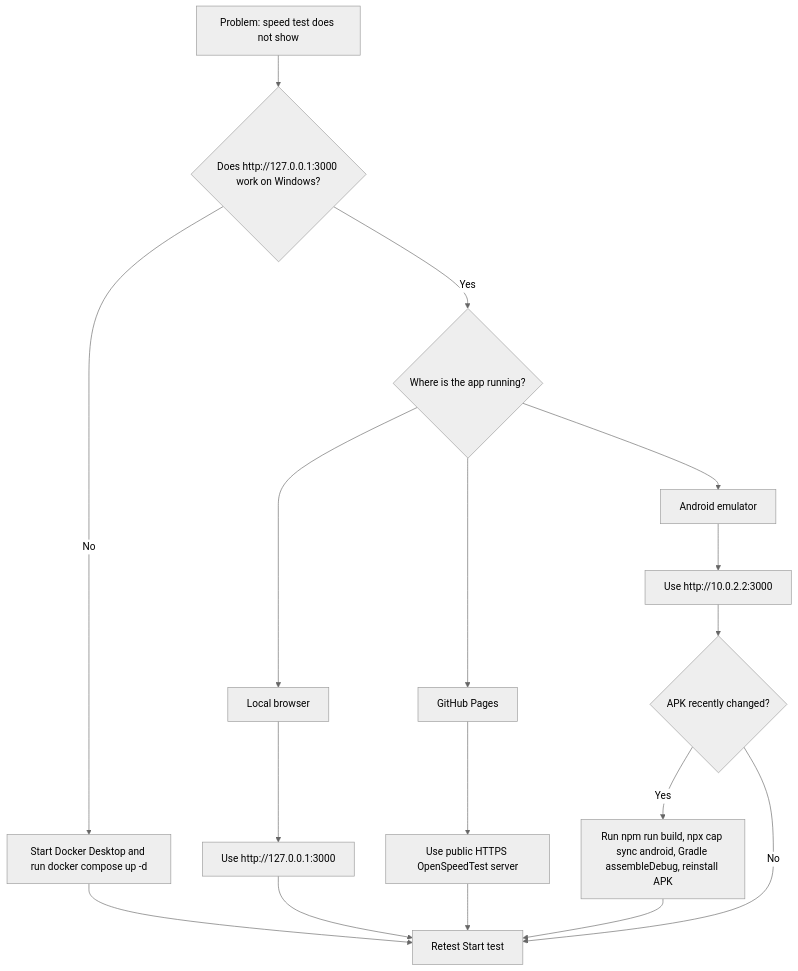
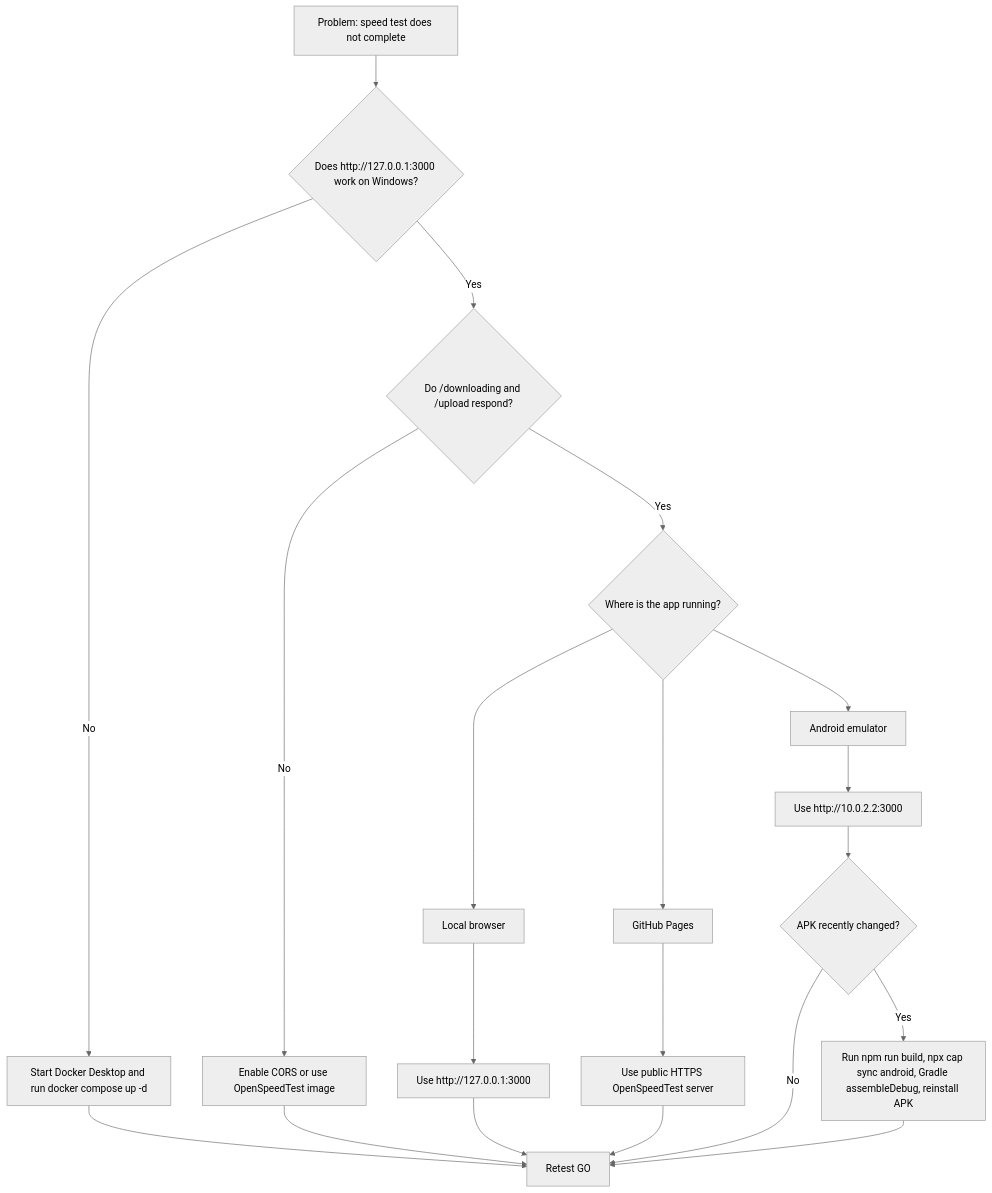
One commit to rgalor-ca/openspeedtest-ftap-poc changed diagram 11 of 11 in docs/DOCUMENTATION.md. Above: the diagram before and after it, drawn with Mermaid (neutral theme). The commit also changed other lines of this file and 13 other files, not shown here.

Commit message:
Refactor FTAP OpenSpeedTest POC UI

````diff
--- a/docs/DOCUMENTATION.md
+++ b/docs/DOCUMENTATION.md
@@ -499,25 +555,30 @@
 ```mermaid
 flowchart TD
-  Problem["Problem: speed test does not show"]
+  Problem["Problem: speed test does not complete"]
   Docker{"Does http://127.0.0.1:3000 work on Windows?"}
   StartDocker["Start Docker Desktop and run docker compose up -d"]
+  Endpoints{"Do /downloading and /upload respond?"}
   Runtime{"Where is the app running?"}
   Local["Local browser"]
   Emulator["Android emulator"]
   Pages["GitHub Pages"]
   LocalFix["Use http://127.0.0.1:3000"]
   EmulatorFix["Use http://10.0.2.2:3000"]
   PagesFix["Use public HTTPS OpenSpeedTest server"]
+  CorsFix["Enable CORS or use OpenSpeedTest image"]
   Rebuild{"APK recently changed?"}
   RebuildFix["Run npm run build, npx cap sync android, Gradle assembleDebug, reinstall APK"]
-  Done["Retest Start test"]
+  Done["Retest GO"]
 
   Problem --> Docker
   Docker -->|No| StartDocker --> Done
-  Docker -->|Yes| Runtime
+  Docker -->|Yes| Endpoints
+  Endpoints -->|No| CorsFix --> Done
+  Endpoints -->|Yes| Runtime
   Runtime --> Local --> LocalFix --> Done
   Runtime --> Emulator --> EmulatorFix --> Rebuild
   Runtime --> Pages --> PagesFix --> Done
-  Rebuild -->|Yes| RebuildFix --> Done
+  Rebuild -->|Yes| RebuildFix
   Rebuild -->|No| Done
+  RebuildFix --> Done
 ```
````
